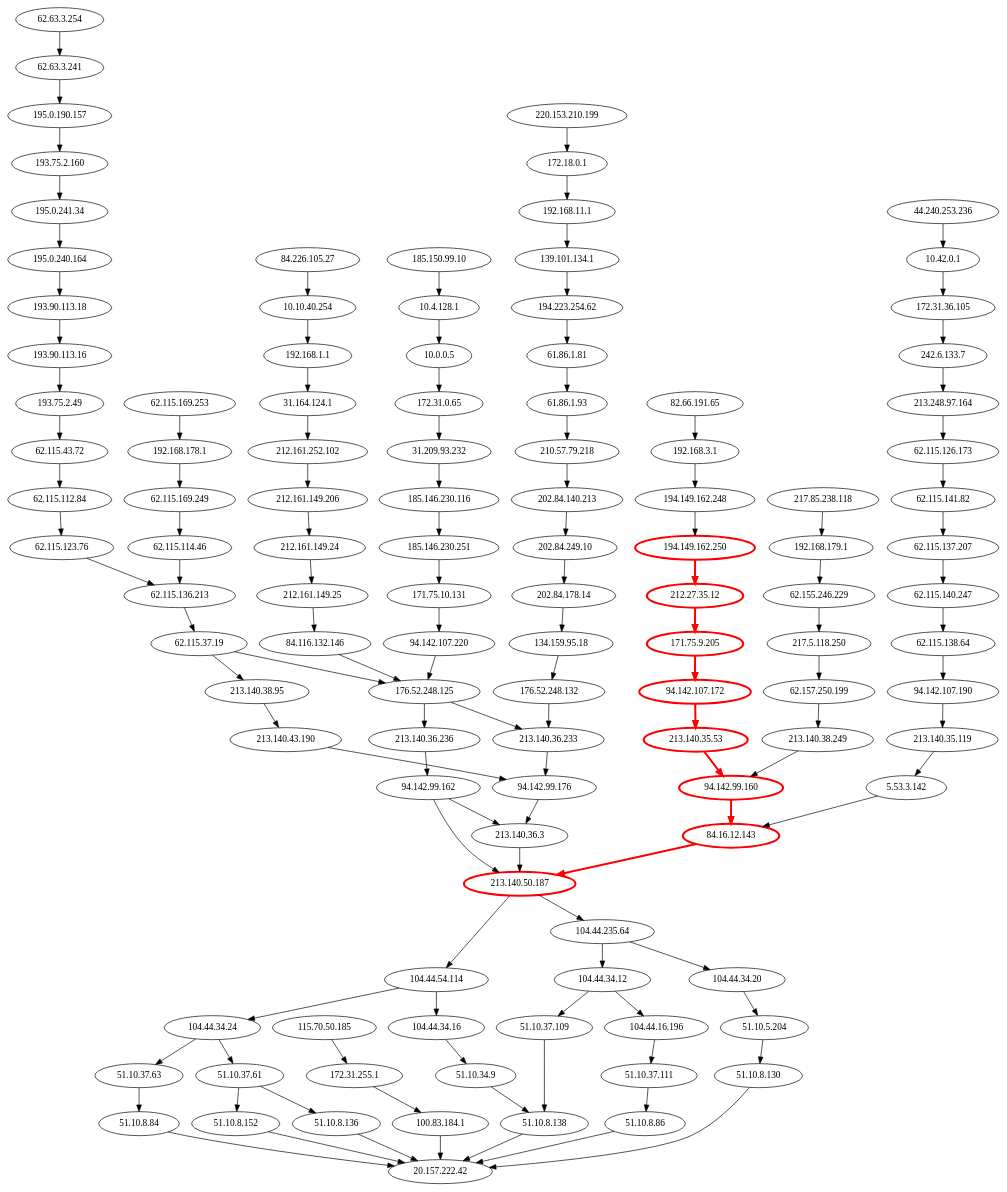
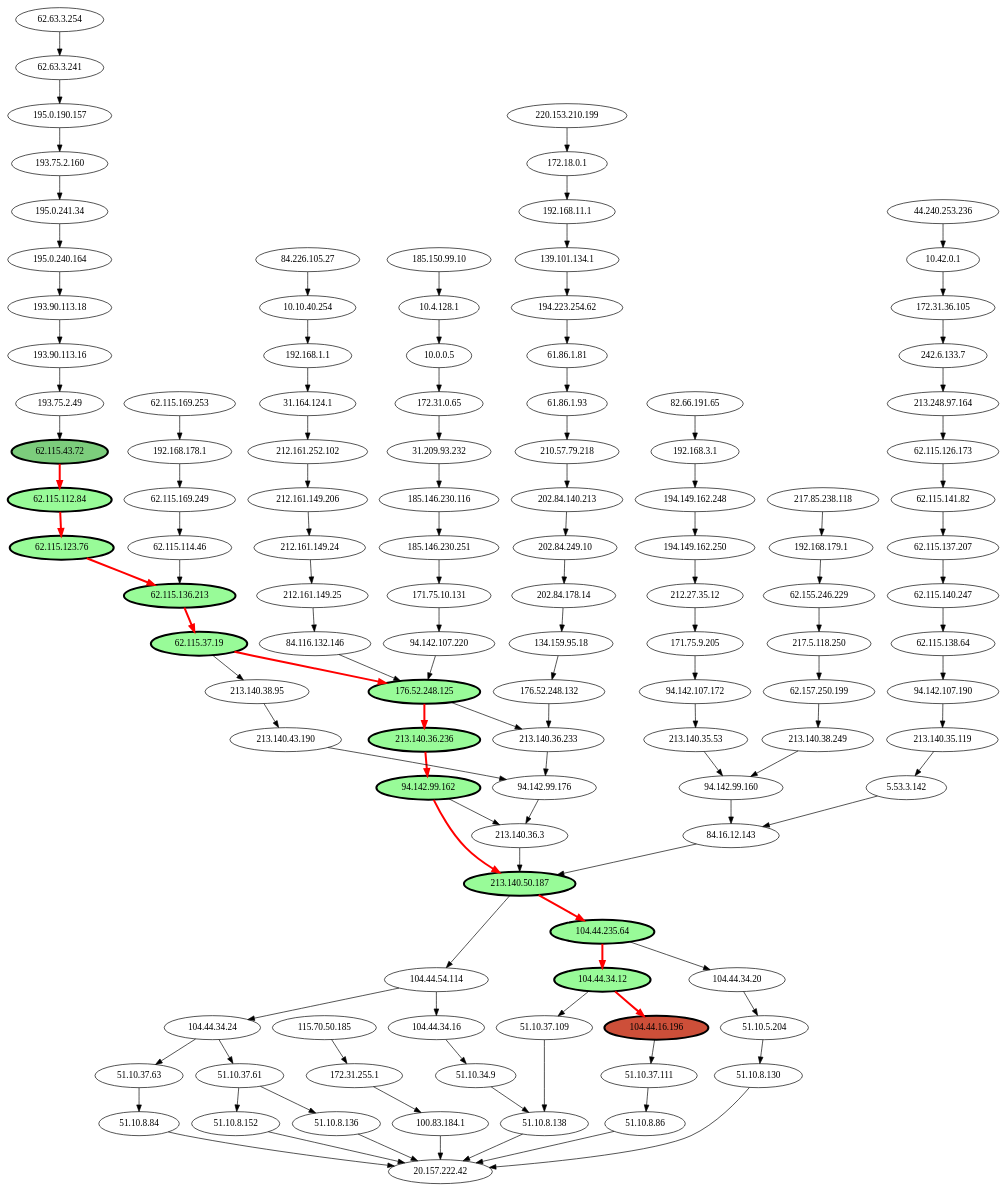
The diagram in input.dot (Evelyn-Sol/Trabalho-Final-GraphRoute), drawn with Graphviz before and after one commit. The commit also changed 7 other files, not shown here.

```diff
--- a/input.dot
+++ b/input.dot
@@ -1,128 +1,134 @@
 digraph{
 "62.115.140.247" -> "62.115.138.64";
 "213.248.97.164" -> "62.115.126.173";
 "44.240.253.236" -> "10.42.0.1";
 "171.75.10.131" -> "94.142.107.220";
 "51.10.8.152" -> "20.157.222.42";
 "193.90.113.18" -> "193.90.113.16";
 "62.115.169.249" -> "62.115.114.46";
+"51.10.37.61" -> "51.10.8.152";
 "51.10.37.61" -> "51.10.8.136";
-"51.10.37.61" -> "51.10.8.152";
-"94.142.99.162" -> "213.140.50.187";
+"94.142.99.162" -> "213.140.50.187" [color=red, penwidth=3.0];
 "94.142.99.162" -> "213.140.36.3";
 "51.10.37.111" -> "51.10.8.86";
 "104.44.16.196" -> "51.10.37.111";
-"171.75.9.205" -> "94.142.107.172" [color=red, penwidth=3.0];
+"171.75.9.205" -> "94.142.107.172";
 "213.140.36.3" -> "213.140.50.187";
 "172.31.36.105" -> "242.6.133.7";
 "94.142.107.220" -> "176.52.248.125";
 "94.142.99.176" -> "213.140.36.3";
 "62.63.3.241" -> "195.0.190.157";
 "213.140.36.233" -> "94.142.99.176";
 "62.115.126.173" -> "62.115.141.82";
 "194.149.162.248" -> "194.149.162.250";
-"104.44.34.12" -> "104.44.16.196";
 "104.44.34.12" -> "51.10.37.109";
+"104.44.34.12" -> "104.44.16.196" [color=red, penwidth=3.0];
 "62.115.138.64" -> "94.142.107.190";
 "172.31.255.1" -> "100.83.184.1";
 "195.0.241.34" -> "195.0.240.164";
-"62.115.136.213" -> "62.115.37.19";
+"62.115.136.213" -> "62.115.37.19" [color=red, penwidth=3.0];
 "213.140.50.187" -> "104.44.54.114";
-"213.140.50.187" -> "104.44.235.64";
+"213.140.50.187" -> "104.44.235.64" [color=red, penwidth=3.0];
 "84.116.132.146" -> "176.52.248.125";
 "195.0.190.157" -> "193.75.2.160";
-"84.16.12.143" -> "213.140.50.187" [color=red, penwidth=3.0];
+"84.16.12.143" -> "213.140.50.187";
 "94.142.107.190" -> "213.140.35.119";
 "51.10.8.138" -> "20.157.222.42";
-"213.140.36.236" -> "94.142.99.162";
+"213.140.36.236" -> "94.142.99.162" [color=red, penwidth=3.0];
 "210.57.79.218" -> "202.84.140.213";
 "192.168.178.1" -> "62.115.169.249";
-"213.140.35.53" -> "94.142.99.160" [color=red, penwidth=3.0];
+"213.140.35.53" -> "94.142.99.160";
 "31.209.93.232" -> "185.146.230.116";
 "217.85.238.118" -> "192.168.179.1";
-"62.115.112.84" -> "62.115.123.76";
-"94.142.99.160" -> "84.16.12.143" [color=red, penwidth=3.0];
+"62.115.112.84" -> "62.115.123.76" [color=red, penwidth=3.0];
+"94.142.99.160" -> "84.16.12.143";
 "192.168.3.1" -> "194.149.162.248";
 "202.84.140.213" -> "202.84.249.10";
 "212.161.149.206" -> "212.161.149.24";
 "104.44.34.24" -> "51.10.37.63";
 "104.44.34.24" -> "51.10.37.61";
 "62.115.37.19" -> "213.140.38.95";
-"62.115.37.19" -> "176.52.248.125";
-"94.142.107.172" -> "213.140.35.53" [color=red, penwidth=3.0];
+"62.115.37.19" -> "176.52.248.125" [color=red, penwidth=3.0];
+"94.142.107.172" -> "213.140.35.53";
 "213.140.35.119" -> "5.53.3.142";
 "213.140.38.95" -> "213.140.43.190";
 "51.10.8.86" -> "20.157.222.42";
 "31.164.124.1" -> "212.161.252.102";
-"212.27.35.12" -> "171.75.9.205" [color=red, penwidth=3.0];
+"212.27.35.12" -> "171.75.9.205";
 "104.44.235.64" -> "104.44.34.20";
-"104.44.235.64" -> "104.44.34.12";
+"104.44.235.64" -> "104.44.34.12" [color=red, penwidth=3.0];
 "202.84.249.10" -> "202.84.178.14";
 "62.157.250.199" -> "213.140.38.249";
 "62.115.137.207" -> "62.115.140.247";
 "115.70.50.185" -> "172.31.255.1";
 "62.155.246.229" -> "217.5.118.250";
 "100.83.184.1" -> "20.157.222.42";
 "10.0.0.5" -> "172.31.0.65";
 "10.10.40.254" -> "192.168.1.1";
 "62.63.3.254" -> "62.63.3.241";
 "51.10.8.84" -> "20.157.222.42";
 "61.86.1.93" -> "210.57.79.218";
 "213.140.38.249" -> "94.142.99.160";
-"62.115.123.76" -> "62.115.136.213";
+"62.115.123.76" -> "62.115.136.213" [color=red, penwidth=3.0];
 "193.90.113.16" -> "193.75.2.49";
 "104.44.34.16" -> "51.10.34.9";
 "212.161.149.25" -> "84.116.132.146";
 "213.140.43.190" -> "94.142.99.176";
 "192.168.179.1" -> "62.155.246.229";
 "195.0.240.164" -> "193.90.113.18";
 "193.75.2.49" -> "62.115.43.72";
 "134.159.95.18" -> "176.52.248.132";
 "139.101.134.1" -> "194.223.254.62";
 "10.4.128.1" -> "10.0.0.5";
 "10.42.0.1" -> "172.31.36.105";
 "242.6.133.7" -> "213.248.97.164";
 "202.84.178.14" -> "134.159.95.18";
 "62.115.114.46" -> "62.115.136.213";
 "51.10.34.9" -> "51.10.8.138";
 "185.150.99.10" -> "10.4.128.1";
 "51.10.8.136" -> "20.157.222.42";
 "212.161.149.24" -> "212.161.149.25";
 "185.146.230.116" -> "185.146.230.251";
 "51.10.8.130" -> "20.157.222.42";
 "51.10.5.204" -> "51.10.8.130";
 "212.161.252.102" -> "212.161.149.206";
-"62.115.43.72" -> "62.115.112.84";
+"62.115.43.72" -> "62.115.112.84" [color=red, penwidth=3.0];
 "217.5.118.250" -> "62.157.250.199";
 "61.86.1.81" -> "61.86.1.93";
+"176.52.248.125" -> "213.140.36.236" [color=red, penwidth=3.0];
 "176.52.248.125" -> "213.140.36.233";
-"176.52.248.125" -> "213.140.36.236";
 "62.115.169.253" -> "192.168.178.1";
 "192.168.1.1" -> "31.164.124.1";
 "104.44.34.20" -> "51.10.5.204";
 "84.226.105.27" -> "10.10.40.254";
 "176.52.248.132" -> "213.140.36.233";
+"104.44.54.114" -> "104.44.34.24";
 "104.44.54.114" -> "104.44.34.16";
-"104.44.54.114" -> "104.44.34.24";
-"194.149.162.250" -> "212.27.35.12" [color=red, penwidth=3.0];
+"194.149.162.250" -> "212.27.35.12";
 "172.31.0.65" -> "31.209.93.232";
 "194.223.254.62" -> "61.86.1.81";
 "185.146.230.251" -> "171.75.10.131";
 "5.53.3.142" -> "84.16.12.143";
 "172.18.0.1" -> "192.168.11.1";
 "220.153.210.199" -> "172.18.0.1";
 "192.168.11.1" -> "139.101.134.1";
 "51.10.37.63" -> "51.10.8.84";
 "51.10.37.109" -> "51.10.8.138";
 "193.75.2.160" -> "195.0.241.34";
 "82.66.191.65" -> "192.168.3.1";
 "62.115.141.82" -> "62.115.137.207";
-"194.149.162.250" [color=red, penwidth=3.0];
-"212.27.35.12" [color=red, penwidth=3.0];
-"171.75.9.205" [color=red, penwidth=3.0];
-"94.142.107.172" [color=red, penwidth=3.0];
-"213.140.35.53" [color=red, penwidth=3.0];
-"94.142.99.160" [color=red, penwidth=3.0];
-"84.16.12.143" [color=red, penwidth=3.0];
-"213.140.50.187" [color=red, penwidth=3.0];
+"62.115.43.72" [color=black, penwidth=3.0, style=filled, fillcolor=palegreen];
+"62.115.43.72" [color=black, penwidth=3.0, style=filled, fillcolor=palegreen3];
+"62.115.112.84" [color=black, penwidth=3.0, style=filled, fillcolor=palegreen];
+"62.115.123.76" [color=black, penwidth=3.0, style=filled, fillcolor=palegreen];
+"62.115.136.213" [color=black, penwidth=3.0, style=filled, fillcolor=palegreen];
+"62.115.37.19" [color=black, penwidth=3.0, style=filled, fillcolor=palegreen];
+"176.52.248.125" [color=black, penwidth=3.0, style=filled, fillcolor=palegreen];
+"213.140.36.236" [color=black, penwidth=3.0, style=filled, fillcolor=palegreen];
+"94.142.99.162" [color=black, penwidth=3.0, style=filled, fillcolor=palegreen];
+"213.140.50.187" [color=black, penwidth=3.0, style=filled, fillcolor=palegreen];
+"104.44.235.64" [color=black, penwidth=3.0, style=filled, fillcolor=palegreen];
+"104.44.34.12" [color=black, penwidth=3.0, style=filled, fillcolor=palegreen];
+"104.44.16.196" [color=black, penwidth=3.0, style=filled, fillcolor=palegreen];
+"104.44.16.196" [color=black, penwidth=3.0, style=filled, fillcolor=tomato3];
 }
```
